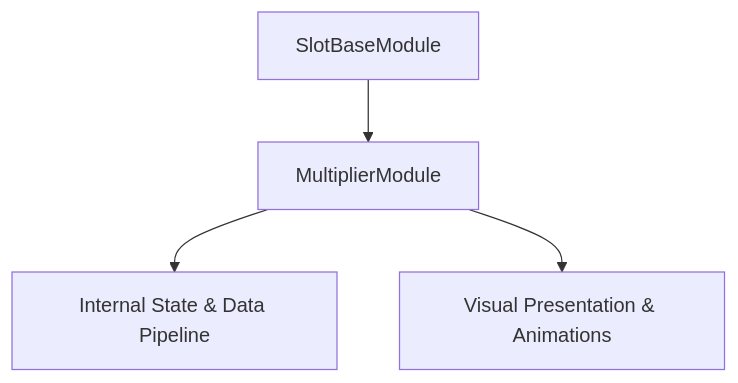
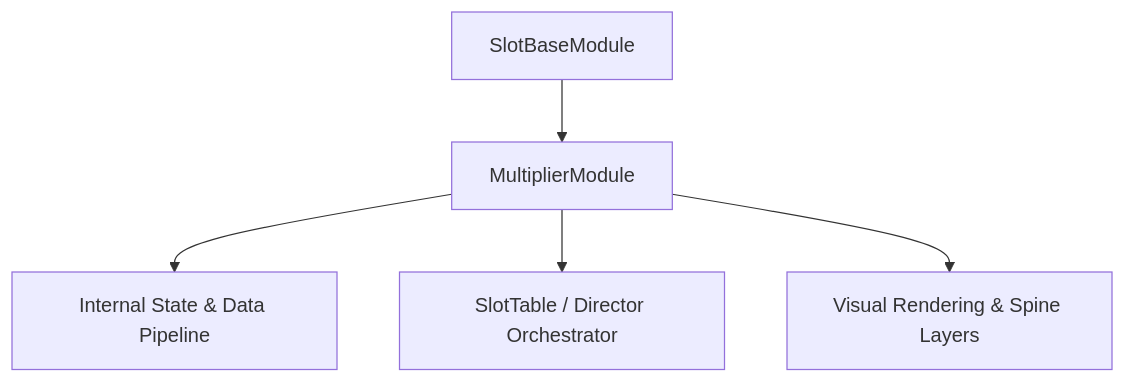
The diagram in docs/cc_slot_mechanics/modules/MultiplierModule/01_overview/01_architecture_and_role.md (lam-ark/mcp-fwcc), drawn with Mermaid before and after one commit. The commit also changed other lines of this file and 2509 other files, not shown here.

````diff
--- a/docs/cc_slot_mechanics/modules/MultiplierModule/01_overview/01_architecture_and_role.md
+++ b/docs/cc_slot_mechanics/modules/MultiplierModule/01_overview/01_architecture_and_role.md
@@ -18,6 +24,7 @@
 ```mermaid
 graph TD
-    Parent[SlotBaseModule] --> Mod[MultiplierModule]
-    Mod --> State[Internal State & Data Pipeline]
-    Mod --> Render[Visual Presentation & Animations]
+    SuperClass[SlotBaseModule] --> TargetClass[MultiplierModule]
+    TargetClass --> DataPipeline[Internal State & Data Pipeline]
+    TargetClass --> Orchestrator[SlotTable / Director Orchestrator]
+    TargetClass --> ViewLayer[Visual Rendering & Spine Layers]
 ```
````
